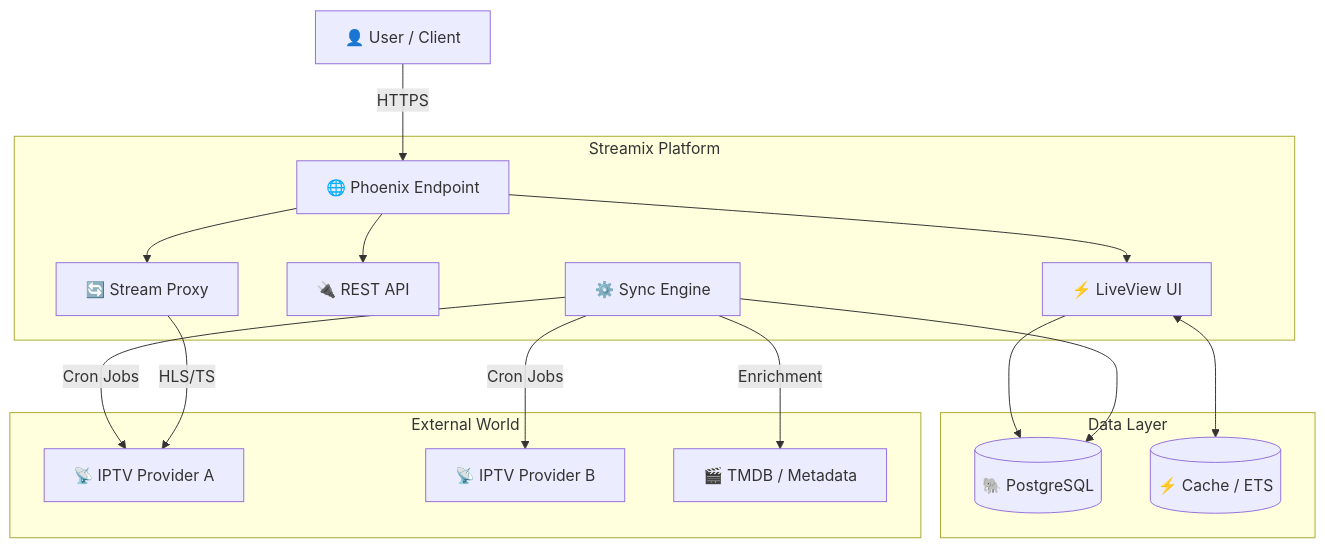
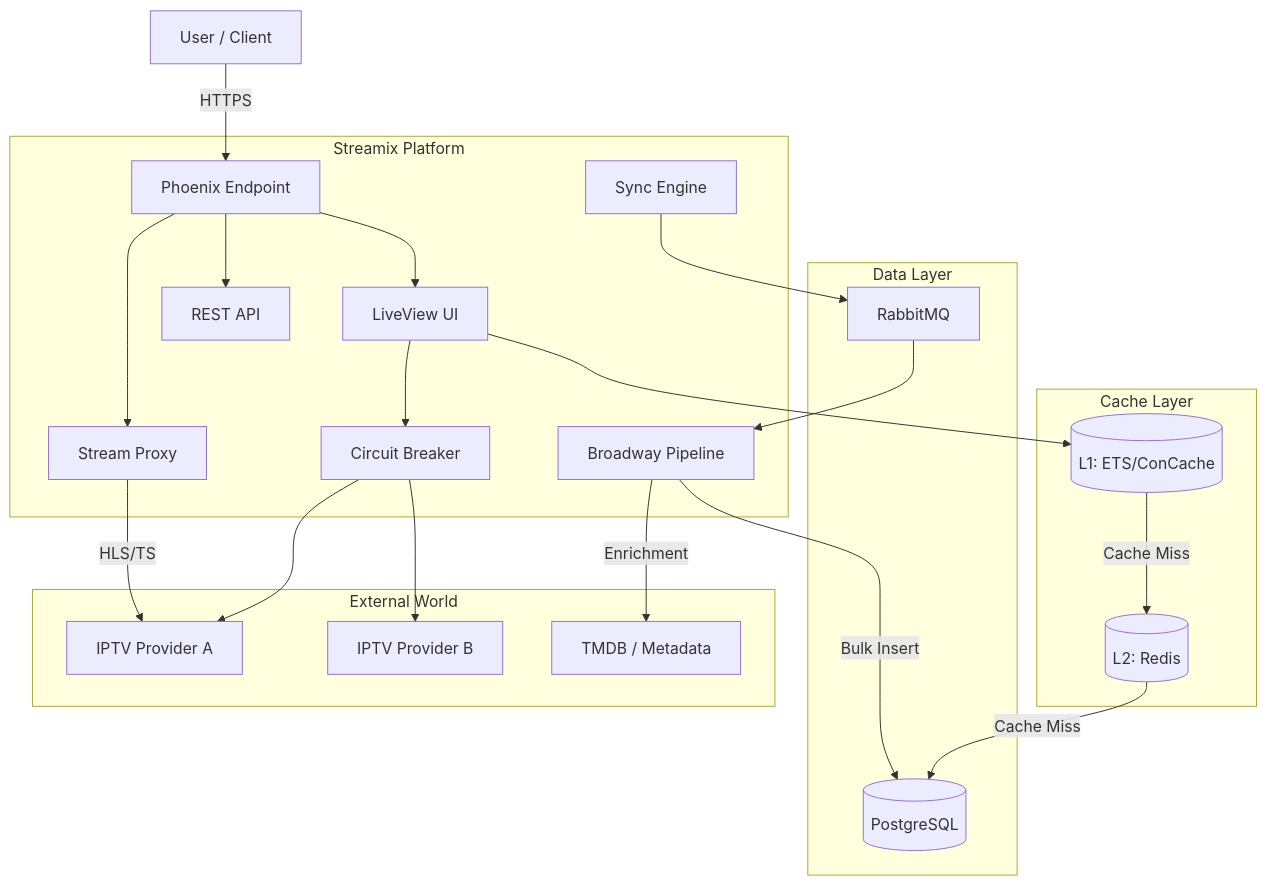
The first of 3 diagrams in README.md (gabrielmaialva33/streamix), drawn with Mermaid before and after one commit. The commit also changed other lines of this file and 3 other files, not shown here.

````diff
--- a/README.md
+++ b/README.md
@@ -113,38 +153,50 @@
 ```mermaid
 graph TD
-    User[👤 User / Client]
-    
+    User[User / Client]
+
     subgraph "Streamix Platform"
-        LB[🌐 Phoenix Endpoint]
-        LV[⚡ LiveView UI]
-        API[🔌 REST API]
-        Proxy[🔄 Stream Proxy]
-        Sync[⚙️ Sync Engine]
+        LB[Phoenix Endpoint]
+        LV[LiveView UI]
+        API[REST API]
+        Proxy[Stream Proxy]
+        CB[Circuit Breaker]
+        Sync[Sync Engine]
+        Broadway[Broadway Pipeline]
     end
-    
+
+    subgraph "Cache Layer"
+        L1[(L1: ETS/ConCache)]
+        L2[(L2: Redis)]
+    end
+
     subgraph "Data Layer"
-        DB[(🐘 PostgreSQL)]
-        Cache[(⚡ Cache / ETS)]
+        DB[(PostgreSQL)]
+        RMQ[RabbitMQ]
     end
-    
+
     subgraph "External World"
-        P1[📡 IPTV Provider A]
-        P2[📡 IPTV Provider B]
-        TM[🎬 TMDB / Metadata]
+        P1[IPTV Provider A]
+        P2[IPTV Provider B]
+        TM[TMDB / Metadata]
     end
 
     User -->|HTTPS| LB
     LB --> LV
     LB --> API
     LB --> Proxy
-    
-    LV --> DB
-    LV <--> Cache
-    
-    Sync -->|Cron Jobs| P1
-    Sync -->|Cron Jobs| P2
-    Sync -->|Enrichment| TM
-    Sync --> DB
-    
+
+    LV --> L1
+    L1 -->|Cache Miss| L2
+    L2 -->|Cache Miss| DB
+
+    LV --> CB
+    CB --> P1
+    CB --> P2
+
+    Sync --> RMQ
+    RMQ --> Broadway
+    Broadway -->|Bulk Insert| DB
+    Broadway -->|Enrichment| TM
+
     Proxy -->|HLS/TS| P1
 ```
````
